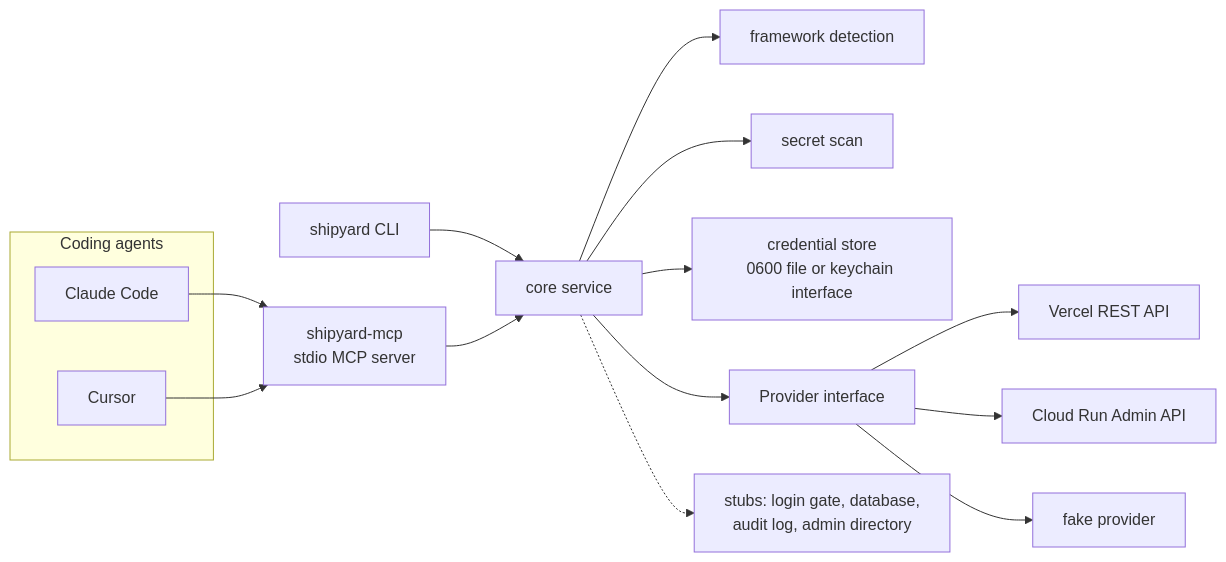
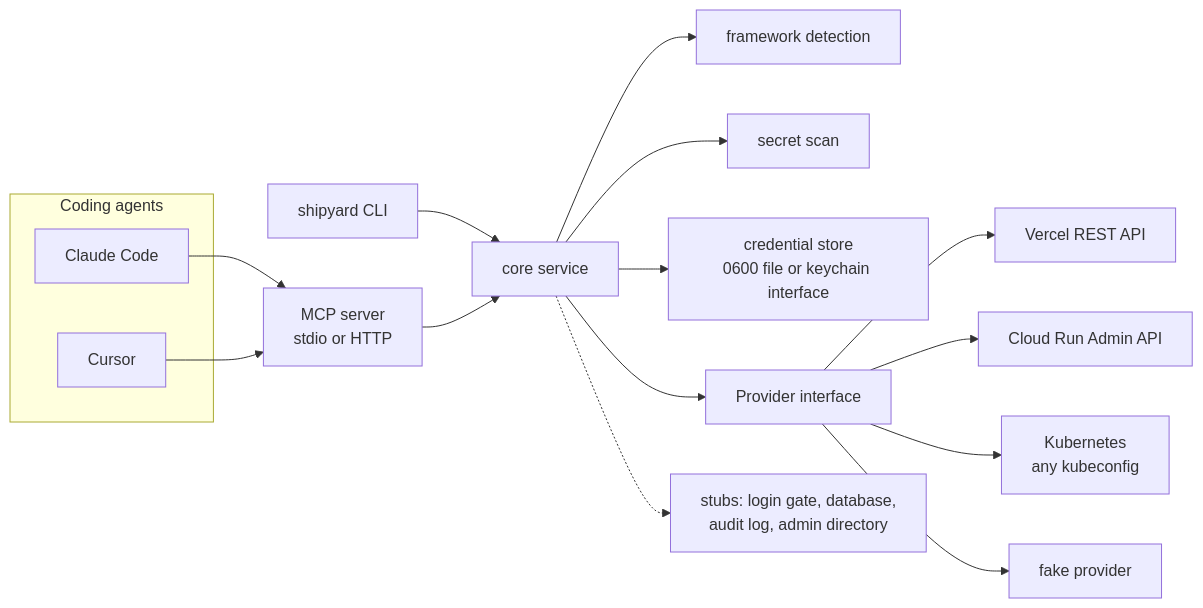
Before and after one commit to cpurev/shipyard: the diagram in README.md, drawn with Mermaid. The commit also changed other lines of this file and 35 other files, not shown here.

First line of the commit message:
Add a Kubernetes provider and an HTTP server for the UpCloud event. (#1)

````diff
--- a/README.md
+++ b/README.md
@@ -11,31 +11,33 @@
 ```mermaid
 flowchart LR
   subgraph agents [Coding agents]
     Claude[Claude Code]
     Cursor[Cursor]
   end
   CLI["shipyard CLI"]
-  MCP["shipyard-mcp<br/>stdio MCP server"]
+  MCP["MCP server<br/>stdio or HTTP"]
   Core[core service]
   Detect[framework detection]
   Scan[secret scan]
   Creds["credential store<br/>0600 file or keychain interface"]
   Provider[Provider interface]
   Vercel[Vercel REST API]
   Run[Cloud Run Admin API]
+  K8s["Kubernetes<br/>any kubeconfig"]
   Fake[fake provider]
   Later["stubs: login gate, database,<br/>audit log, admin directory"]
 
   Claude --> MCP
   Cursor --> MCP
   CLI --> Core
   MCP --> Core
   Core --> Detect
   Core --> Scan
   Core --> Creds
   Core --> Provider
   Provider --> Vercel
   Provider --> Run
+  Provider --> K8s
   Provider --> Fake
   Core -.-> Later
 ```
````
